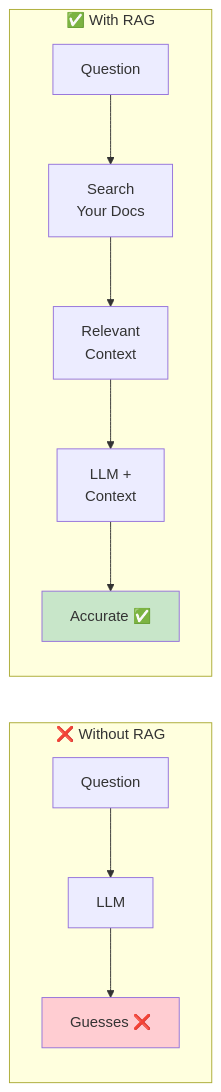
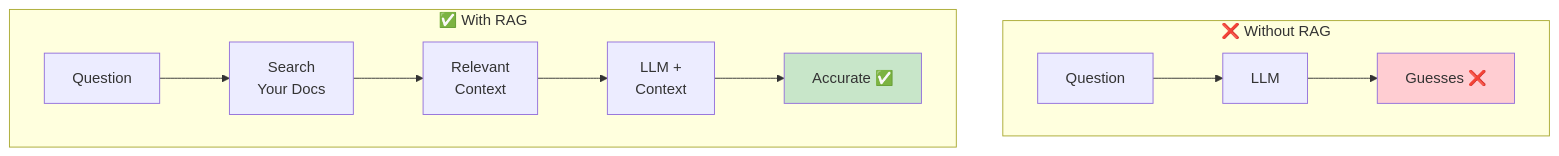
One commit to roie9876/RAG-WorkShop changed the first of 3 diagrams in README.md. Above: the diagram before and after it, drawn with Mermaid. The commit also changed other lines of this file and 3 other files, not shown here.

````diff
--- a/README.md
+++ b/README.md
@@ -51,17 +51,17 @@
 ```mermaid
-flowchart LR
+flowchart TB
     subgraph WITHOUT["❌ Without RAG"]
         Q1["Question"] --> LLM1["LLM"]
         LLM1 --> A1["Guesses ❌"]
     end
     
     subgraph WITH["✅ With RAG"]
         Q2["Question"] --> S2["Search<br/>Your Docs"]
         S2 --> C2["Relevant<br/>Context"]
         C2 --> LLM2["LLM +<br/>Context"]
         LLM2 --> A2["Accurate ✅"]
     end
     
     style A1 fill:#ffcdd2
     style A2 fill:#c8e6c9
 ```
````
